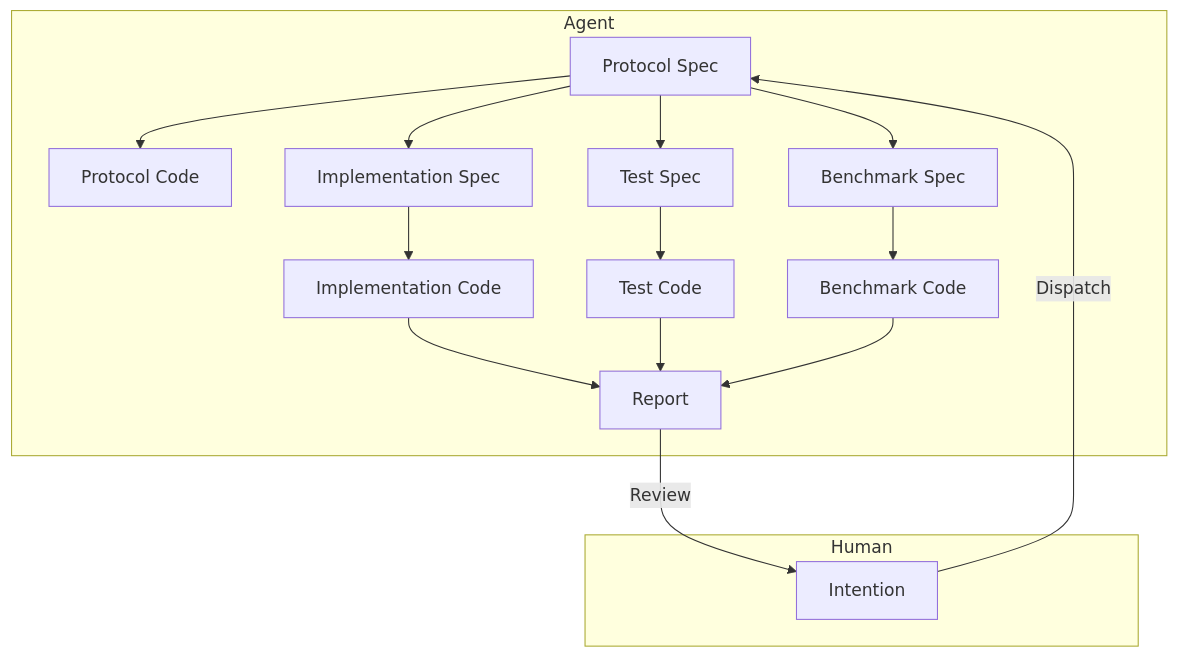
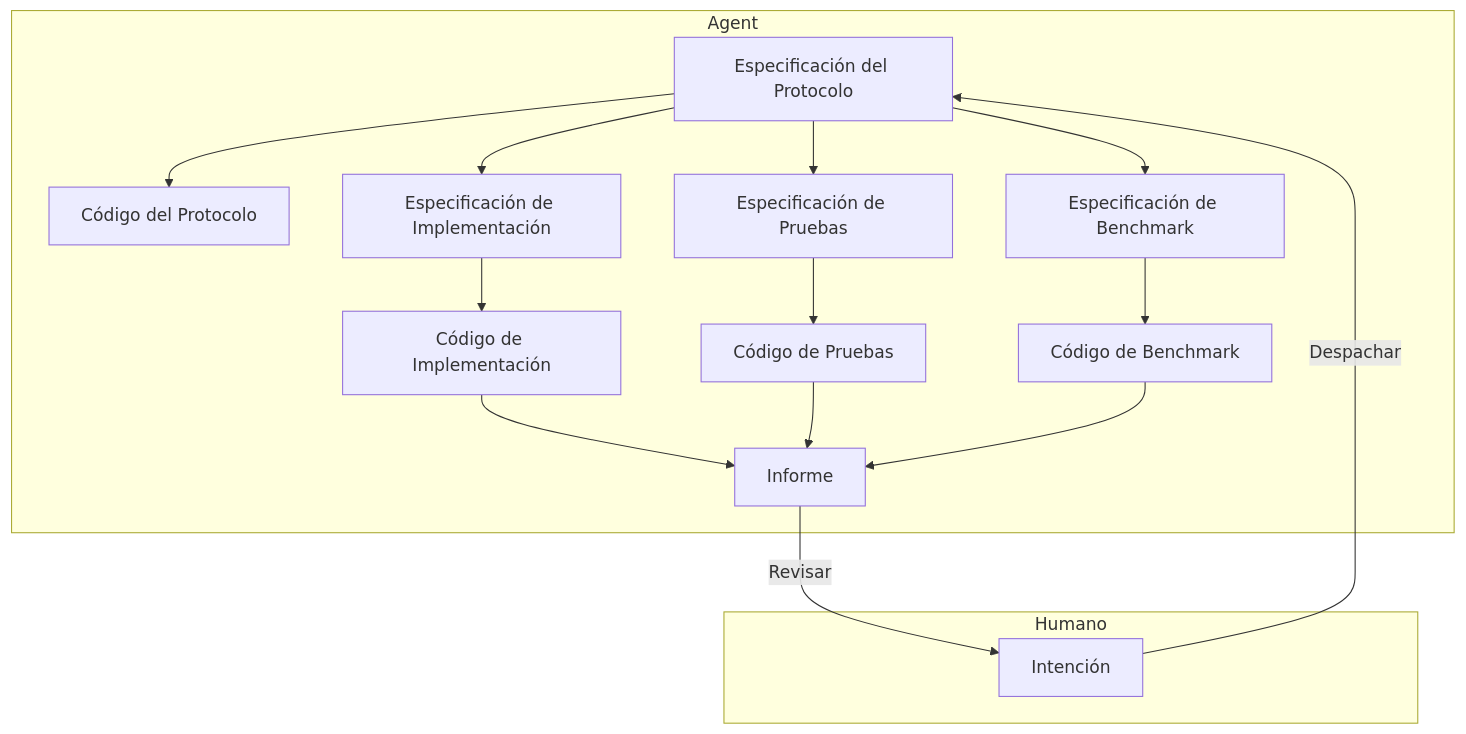
One commit to zccz14/README changed the diagram in .czon/src/es-ES/INSIGHTS/1.md. Above: the diagram before and after it, drawn with Mermaid. The commit also changed other lines of this file and 293 other files, not shown here.

````diff
--- a/.czon/src/es-ES/INSIGHTS/1.md
+++ b/.czon/src/es-ES/INSIGHTS/1.md
@@ -51,23 +37,23 @@
 ```mermaid
 graph TD
 
    subgraph Agent
-   A_1[Protocol Spec]
-   A_1 --> A_2[Protocol Code]
-   A_1 --> A_A[Implementation Spec]
-   A_1 --> A_B[Test Spec]
-   A_1 --> A_C[Benchmark Spec]
-   A_A --> A_A_1[Implementation Code]
-   A_B --> A_B_1[Test Code]
-   A_C --> A_C_1[Benchmark Code]
-   A_A_1 --> A_D[Report]
+   A_1[Especificación del Protocolo]
+   A_1 --> A_2[Código del Protocolo]
+   A_1 --> A_A[Especificación de Implementación]
+   A_1 --> A_B[Especificación de Pruebas]
+   A_1 --> A_C[Especificación de Benchmark]
+   A_A --> A_A_1[Código de Implementación]
+   A_B --> A_B_1[Código de Pruebas]
+   A_C --> A_C_1[Código de Benchmark]
+   A_A_1 --> A_D[Informe]
    A_B_1 --> A_D
    A_C_1 --> A_D
    end
 
-   subgraph Human
-   H_1[Intention] -->|Dispatch| A_1
-   A_D -->|Review| H_1
+   subgraph Humano
+   H_1[Intención] -->|Despachar| A_1
+   A_D -->|Revisar| H_1
    end
 
 ```
````
